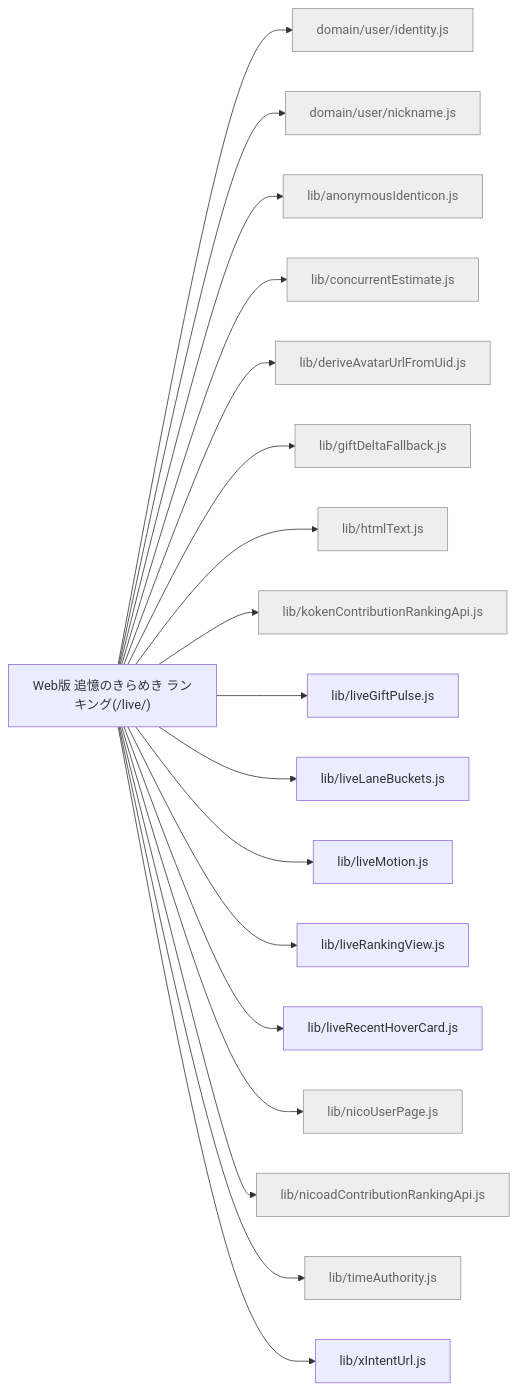
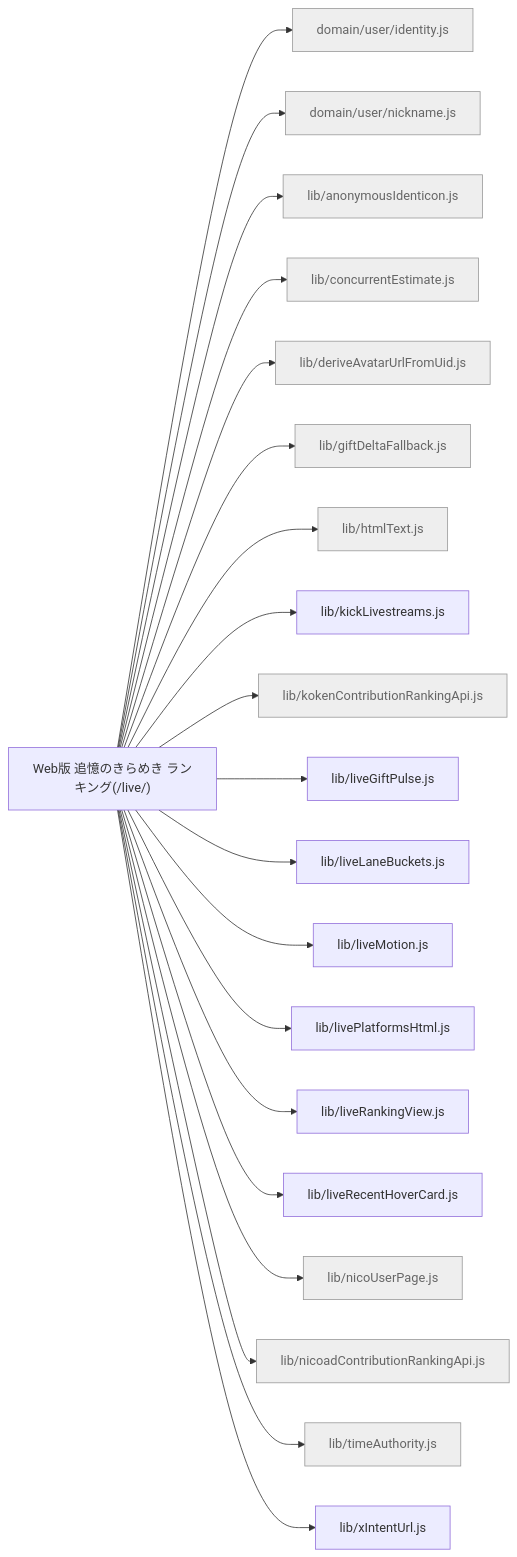
One commit to kimito-link/tsuioku-no-kirameki.com changed the diagram in docs/feature-map/live-ranking.md. Above: the diagram before and after it, drawn with Mermaid. The commit also changed 39 other files, not shown here.

First line of the commit message:
feat(live): /live/ に Kick の配信一覧を別セクションで追加 v0.1.1556 (#282)

````diff
--- a/docs/feature-map/live-ranking.md
+++ b/docs/feature-map/live-ranking.md
@@ -13,22 +13,24 @@
 ```mermaid
 graph LR
   n_live_ranking["Web版 追憶のきらめき ランキング(/live/)"]
   n_live_ranking --> n_src_domain_user_identity_js["domain/user/identity.js"]:::shared
   n_live_ranking --> n_src_domain_user_nickname_js["domain/user/nickname.js"]:::shared
   n_live_ranking --> n_src_lib_anonymousIdenticon_js["lib/anonymousIdenticon.js"]:::shared
   n_live_ranking --> n_src_lib_concurrentEstimate_js["lib/concurrentEstimate.js"]:::shared
   n_live_ranking --> n_src_lib_deriveAvatarUrlFromUid_js["lib/deriveAvatarUrlFromUid.js"]:::shared
   n_live_ranking --> n_src_lib_giftDeltaFallback_js["lib/giftDeltaFallback.js"]:::shared
   n_live_ranking --> n_src_lib_htmlText_js["lib/htmlText.js"]:::shared
+  n_live_ranking --> n_src_lib_kickLivestreams_js["lib/kickLivestreams.js"]
   n_live_ranking --> n_src_lib_kokenContributionRankingApi_js["lib/kokenContributionRankingApi.js"]:::shared
   n_live_ranking --> n_src_lib_liveGiftPulse_js["lib/liveGiftPulse.js"]
   n_live_ranking --> n_src_lib_liveLaneBuckets_js["lib/liveLaneBuckets.js"]
   n_live_ranking --> n_src_lib_liveMotion_js["lib/liveMotion.js"]
+  n_live_ranking --> n_src_lib_livePlatformsHtml_js["lib/livePlatformsHtml.js"]
   n_live_ranking --> n_src_lib_liveRankingView_js["lib/liveRankingView.js"]
   n_live_ranking --> n_src_lib_liveRecentHoverCard_js["lib/liveRecentHoverCard.js"]
   n_live_ranking --> n_src_lib_nicoUserPage_js["lib/nicoUserPage.js"]:::shared
   n_live_ranking --> n_src_lib_nicoadContributionRankingApi_js["lib/nicoadContributionRankingApi.js"]:::shared
   n_live_ranking --> n_src_lib_timeAuthority_js["lib/timeAuthority.js"]:::shared
   n_live_ranking --> n_src_lib_xIntentUrl_js["lib/xIntentUrl.js"]
   classDef shared fill:#eee,stroke:#999,color:#666;
 ```
````
